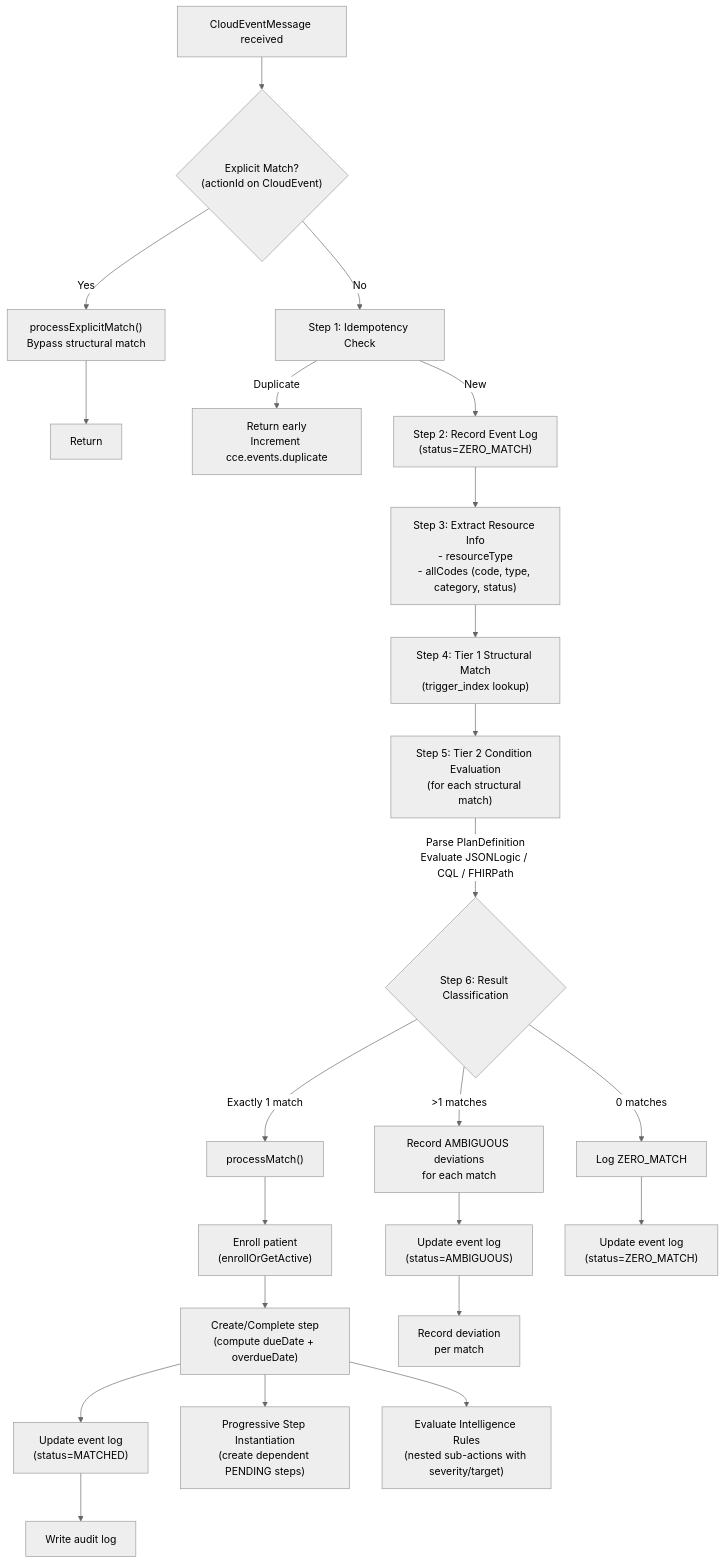
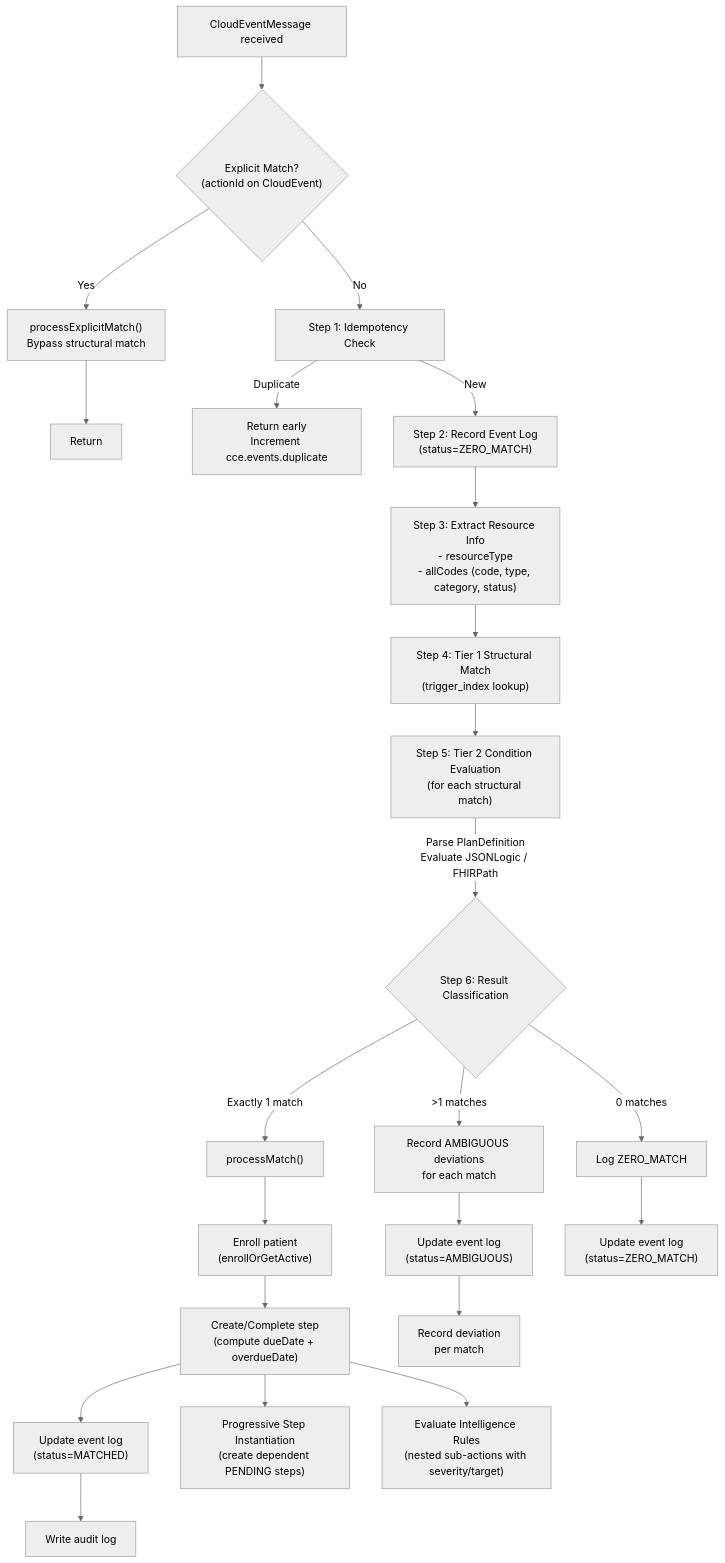
Before and after one commit to Jayaprakash8887/cce-compliance-service: the third of 6 diagrams in docs/low-level-design.md, drawn with Mermaid (neutral theme). The commit also changed other lines of this file and 4 other files, not shown here.

````diff
--- a/docs/low-level-design.md
+++ b/docs/low-level-design.md
@@ -251,42 +249,42 @@
 ```mermaid
 flowchart TD
     START["CloudEventMessage received"] --> EXPL
 
     EXPL{"Explicit Match?<br/>(actionId on CloudEvent)"}
     EXPL -->|"Yes"| EXPLM["processExplicitMatch()<br/>Bypass structural match"]
     EXPL -->|"No"| S1
     EXPLM --> DONE["Return"]
 
     S1["Step 1: Idempotency Check"]
     S1 -->|"Duplicate"| DUP["Return early<br/>Increment cce.events.duplicate"]
     S1 -->|"New"| S2
 
     S2["Step 2: Record Event Log<br/>(status=ZERO_MATCH)"]
     S2 --> S3
 
     S3["Step 3: Extract Resource Info<br/>- resourceType<br/>- allCodes (code, type, category, status)"]
     S3 --> S4
 
     S4["Step 4: Tier 1 Structural Match<br/>(trigger_index lookup)"]
     S4 --> S5
 
     S5["Step 5: Tier 2 Condition Evaluation<br/>(for each structural match)"]
-    S5 -->|"Parse PlanDefinition<br/>Evaluate JSONLogic / CQL / FHIRPath"| S6
+    S5 -->|"Parse PlanDefinition<br/>Evaluate JSONLogic / FHIRPath"| S6
 
     S6{"Step 6: Result Classification"}
     S6 -->|"Exactly 1 match"| MATCH["processMatch()"]
     S6 -->|">1 matches"| AMBIG["Record AMBIGUOUS deviations<br/>for each match"]
     S6 -->|"0 matches"| ZERO["Log ZERO_MATCH"]
 
     MATCH --> M1["Enroll patient<br/>(enrollOrGetActive)"]
     M1 --> M2["Create/Complete step<br/>(compute dueDate + overdueDate)"]
     M2 --> M3["Update event log<br/>(status=MATCHED)"]
     M3 --> M4["Write audit log"]
     M2 --> M5["Progressive Step Instantiation<br/>(create dependent PENDING steps)"]
     M2 --> M6["Evaluate Intelligence Rules<br/>(nested sub-actions with severity/target)"]
 
     AMBIG --> A1["Update event log<br/>(status=AMBIGUOUS)"]
     A1 --> A2["Record deviation<br/>per match"]
 
     ZERO --> Z1["Update event log<br/>(status=ZERO_MATCH)"]
 ```
````
